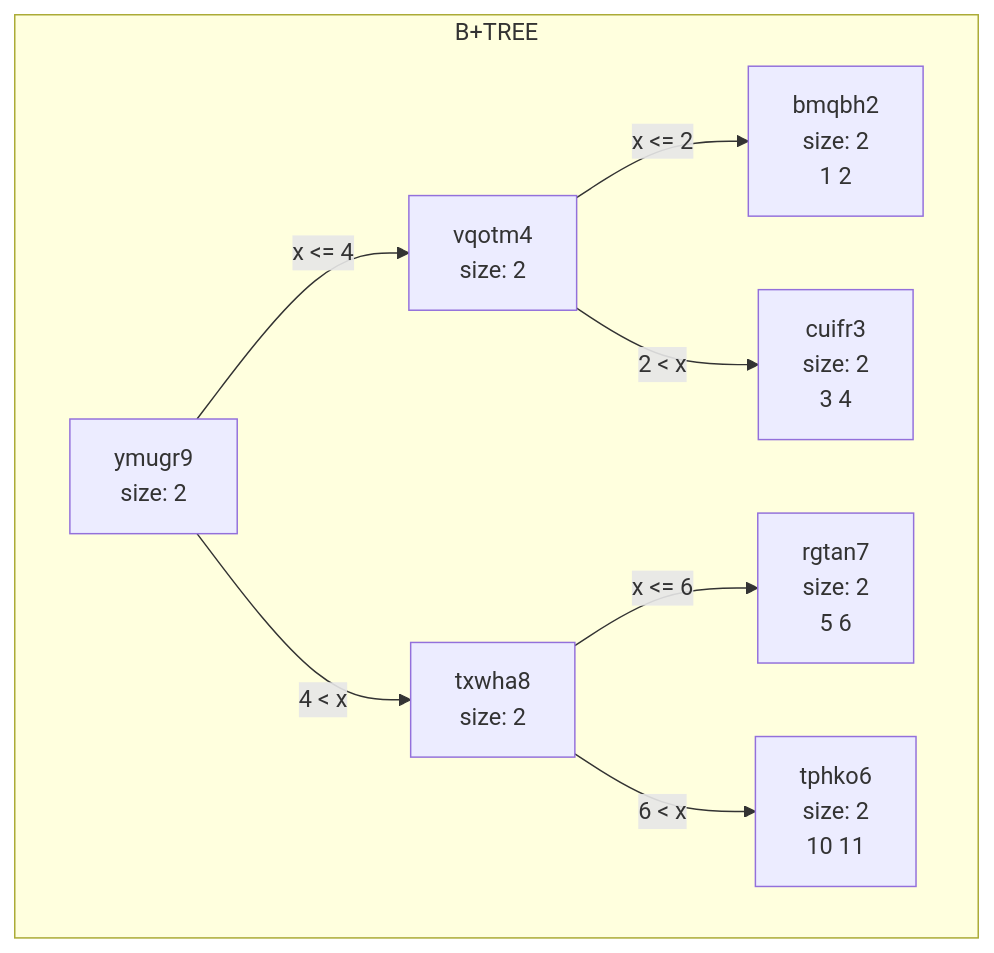
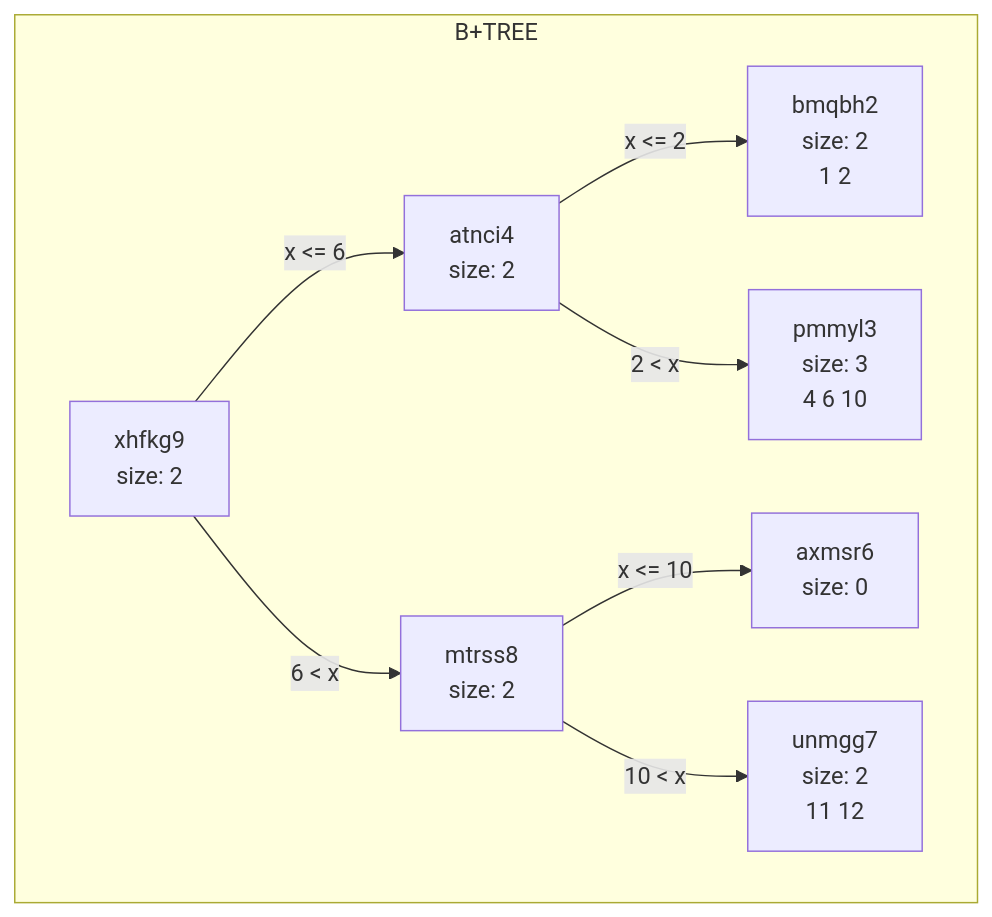
The first of 2 diagrams in data/chart.md (shiridikumar/phase1_dup), drawn with Mermaid before and after one commit. The commit also changed other lines of this file and 23 other files, not shown here.

````diff
--- a/data/chart.md
+++ b/data/chart.md
@@ -1,18 +1,18 @@
 ```mermaid
 graph TD
 subgraph B+TREE
-ymugr9[ymugr9<br/>size: 2<br/>]
-vqotm4[vqotm4<br/>size: 2<br/>]
+xhfkg9[xhfkg9<br/>size: 2<br/>]
+atnci4[atnci4<br/>size: 2<br/>]
 bmqbh2[bmqbh2<br/>size: 2<br/>1 2 ]
-vqotm4-->|x <= 2|bmqbh2
-cuifr3[cuifr3<br/>size: 2<br/>3 4 ]
-vqotm4-->|2 < x|cuifr3
-ymugr9-->|x <= 4|vqotm4
-txwha8[txwha8<br/>size: 2<br/>]
-rgtan7[rgtan7<br/>size: 2<br/>5 6 ]
-txwha8-->|x <= 6|rgtan7
-tphko6[tphko6<br/>size: 2<br/>10 11 ]
-txwha8-->|6 < x|tphko6
-ymugr9-->|4 < x|txwha8
+atnci4-->|x <= 2|bmqbh2
+pmmyl3[pmmyl3<br/>size: 3<br/>4 6 10 ]
+atnci4-->|2 < x|pmmyl3
+xhfkg9-->|x <= 6|atnci4
+mtrss8[mtrss8<br/>size: 2<br/>]
+axmsr6[axmsr6<br/>size: 0<br/>]
+mtrss8-->|x <= 10|axmsr6
+unmgg7[unmgg7<br/>size: 2<br/>11 12 ]
+mtrss8-->|10 < x|unmgg7
+xhfkg9-->|6 < x|mtrss8
 end
 ```
````
